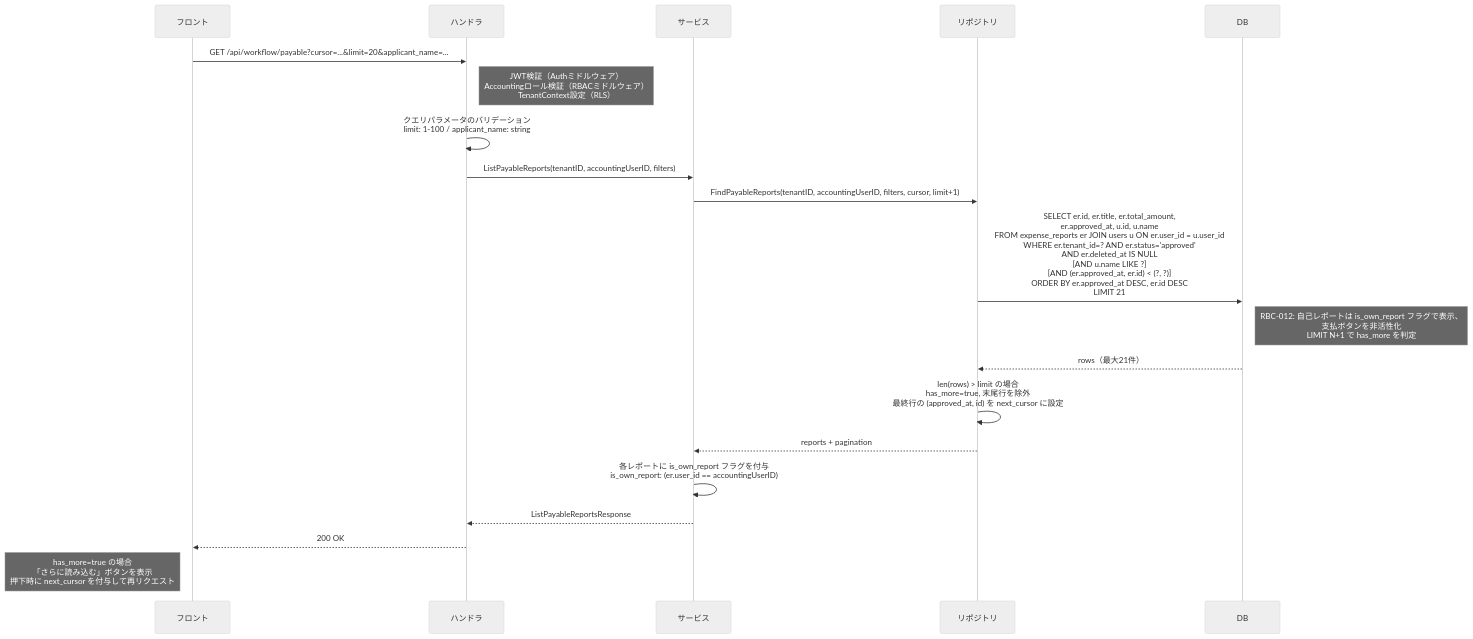
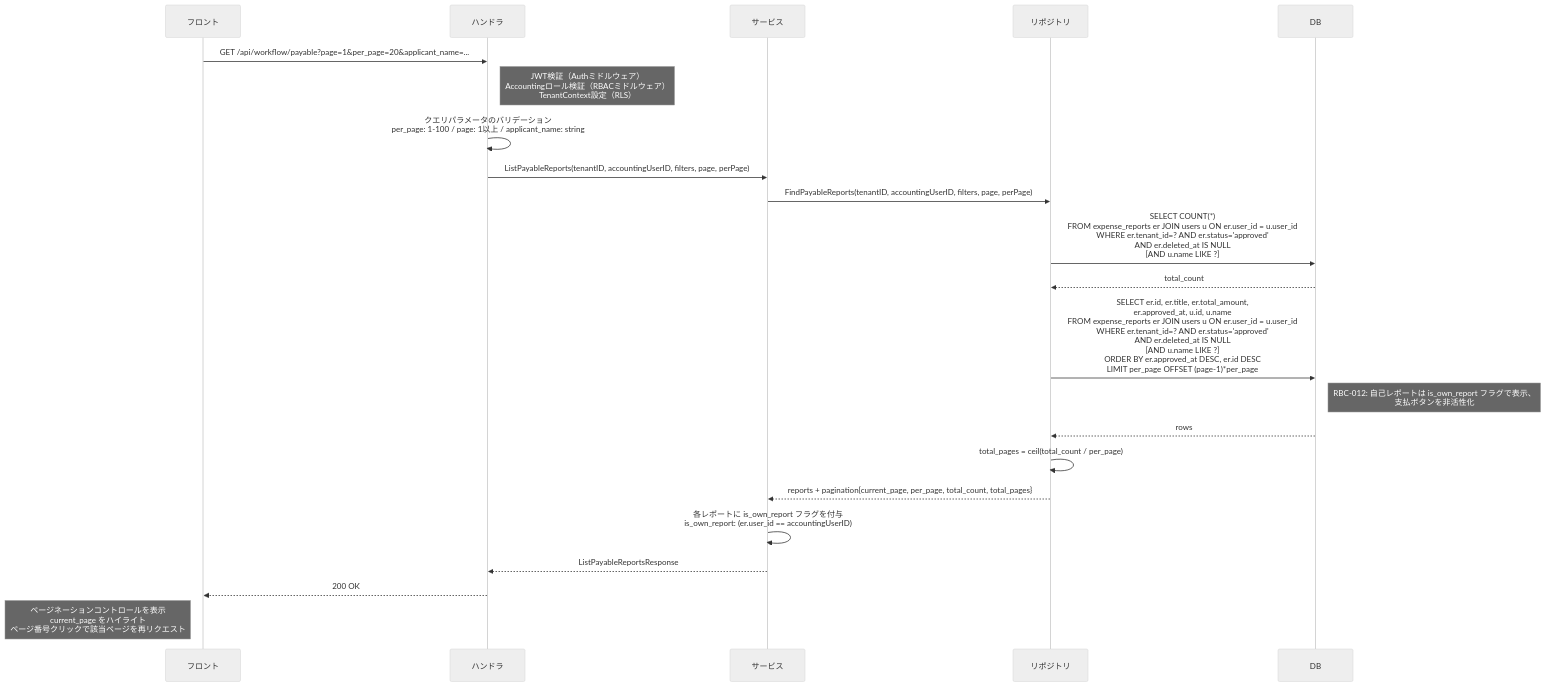
The diagram in deliverables/docs/50_detail_design/screens/workflow-payable.md (atsuro128/dev-journal), drawn with Mermaid (neutral theme) before and after one commit. The commit also changed other lines of this file and 14 other files, not shown here.

````diff
--- a/deliverables/docs/50_detail_design/screens/workflow-payable.md
+++ b/deliverables/docs/50_detail_design/screens/workflow-payable.md
@@ -268,23 +272,25 @@
 ```mermaid
 sequenceDiagram
     participant F as フロント
     participant H as ハンドラ
     participant S as サービス
     participant R as リポジトリ
     participant DB as DB
 
-    F->>H: GET /api/workflow/payable?cursor=...&limit=20&applicant_name=...
+    F->>H: GET /api/workflow/payable?page=1&per_page=20&applicant_name=...
     Note right of H: JWT検証（Authミドルウェア）<br/>Accountingロール検証（RBACミドルウェア）<br/>TenantContext設定（RLS）
-    H->>H: クエリパラメータのバリデーション<br/>limit: 1-100 / applicant_name: string
-    H->>S: ListPayableReports(tenantID, accountingUserID, filters)
-    S->>R: FindPayableReports(tenantID, accountingUserID, filters, cursor, limit+1)
-    R->>DB: SELECT er.id, er.title, er.total_amount,<br/>er.approved_at, u.id, u.name<br/>FROM expense_reports er JOIN users u ON er.user_id = u.user_id<br/>WHERE er.tenant_id=? AND er.status='approved'<br/>AND er.deleted_at IS NULL<br/>[AND u.name LIKE ?]<br/>[AND (er.approved_at, er.id) < (?, ?)]<br/>ORDER BY er.approved_at DESC, er.id DESC<br/>LIMIT 21
-    Note right of DB: RBC-012: 自己レポートは is_own_report フラグで表示、<br/>支払ボタンを非活性化<br/>LIMIT N+1 で has_more を判定
-    DB-->>R: rows（最大21件）
-    R->>R: len(rows) > limit の場合<br/>has_more=true, 末尾行を除外<br/>最終行の (approved_at, id) を next_cursor に設定
-    R-->>S: reports + pagination
+    H->>H: クエリパラメータのバリデーション<br/>per_page: 1-100 / page: 1以上 / applicant_name: string
+    H->>S: ListPayableReports(tenantID, accountingUserID, filters, page, perPage)
+    S->>R: FindPayableReports(tenantID, accountingUserID, filters, page, perPage)
+    R->>DB: SELECT COUNT(*)<br/>FROM expense_reports er JOIN users u ON er.user_id = u.user_id<br/>WHERE er.tenant_id=? AND er.status='approved'<br/>AND er.deleted_at IS NULL<br/>[AND u.name LIKE ?]
+    DB-->>R: total_count
+    R->>DB: SELECT er.id, er.title, er.total_amount,<br/>er.approved_at, u.id, u.name<br/>FROM expense_reports er JOIN users u ON er.user_id = u.user_id<br/>WHERE er.tenant_id=? AND er.status='approved'<br/>AND er.deleted_at IS NULL<br/>[AND u.name LIKE ?]<br/>ORDER BY er.approved_at DESC, er.id DESC<br/>LIMIT per_page OFFSET (page-1)*per_page
+    Note right of DB: RBC-012: 自己レポートは is_own_report フラグで表示、<br/>支払ボタンを非活性化
+    DB-->>R: rows
+    R->>R: total_pages = ceil(total_count / per_page)
+    R-->>S: reports + pagination{current_page, per_page, total_count, total_pages}
     S->>S: 各レポートに is_own_report フラグを付与<br/>is_own_report: (er.user_id == accountingUserID)
     S-->>H: ListPayableReportsResponse
     H-->>F: 200 OK
-    Note left of F: has_more=true の場合<br/>「さらに読み込む」ボタンを表示<br/>押下時に next_cursor を付与して再リクエスト
+    Note left of F: ページネーションコントロールを表示<br/>current_page をハイライト<br/>ページ番号クリックで該当ページを再リクエスト
 ```
````
